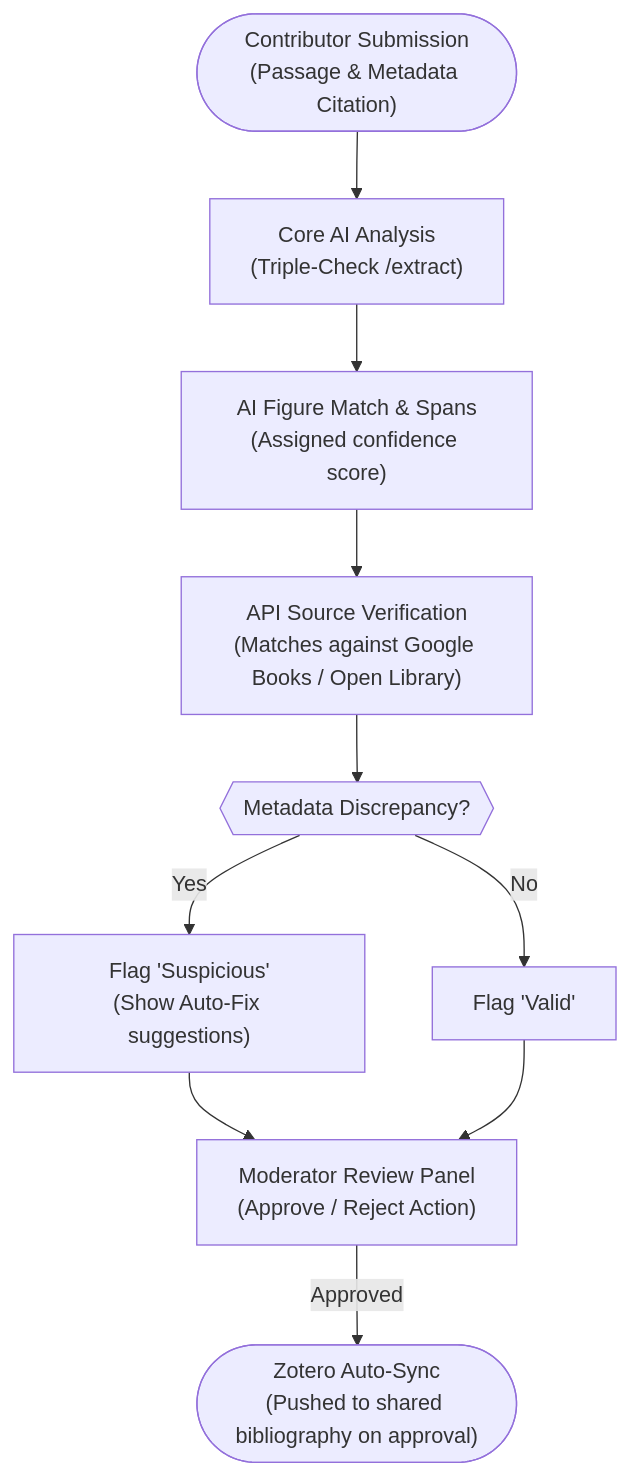
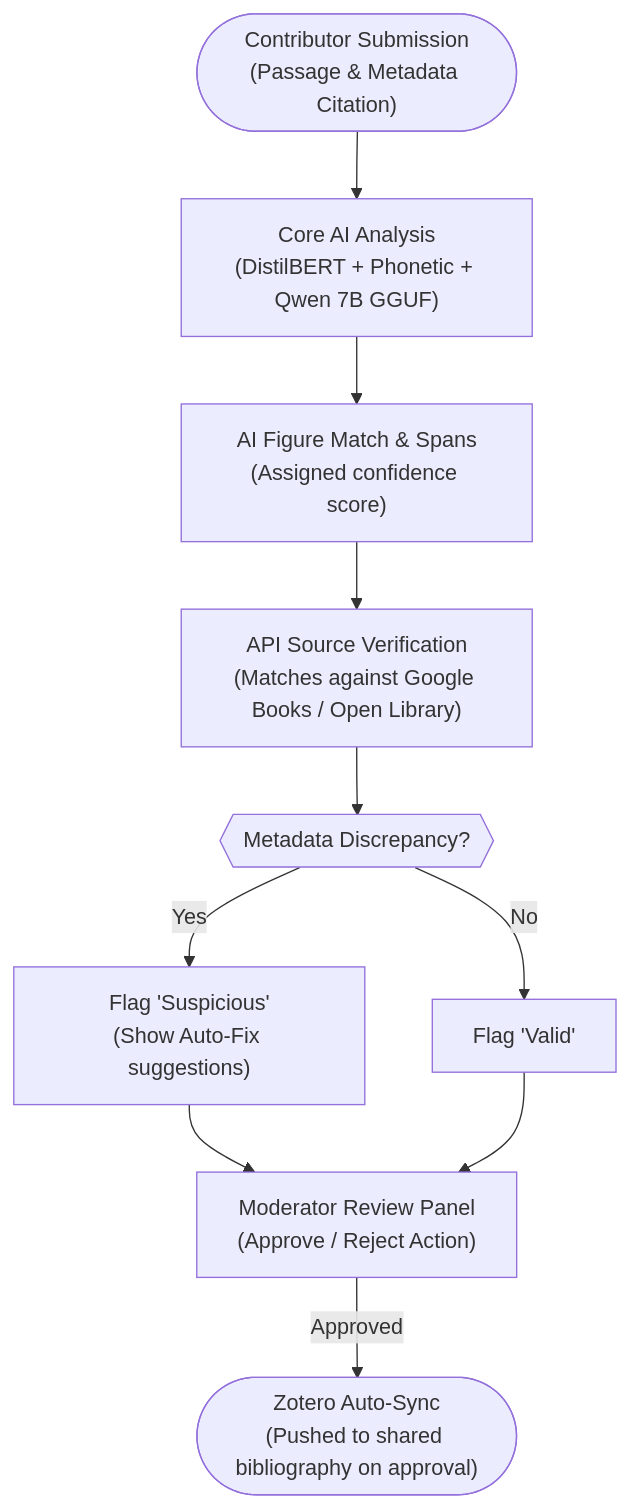
Before and after one commit to prabhsharan1/Research_iSocrates: the second of 2 diagrams in README.md, drawn with Mermaid. The commit also changed other lines of this file, not shown here.

````diff
--- a/README.md
+++ b/README.md
@@ -44,22 +44,22 @@
 ```mermaid
 flowchart TD
     A2(["Contributor Submission\n(Passage & Metadata Citation)"])
-    B2["Core AI Analysis\n(Triple-Check /extract)"]
+    B2["Core AI Analysis\n(DistilBERT + Phonetic + Qwen 7B GGUF)"]
     C2["AI Figure Match & Spans\n(Assigned confidence score)"]
     D2["API Source Verification\n(Matches against Google Books / Open Library)"]
     E2{{"Metadata Discrepancy?"}}
     F2["Flag 'Suspicious'\n(Show Auto-Fix suggestions)"]
     G2["Flag 'Valid'"]
     H2["Moderator Review Panel\n(Approve / Reject Action)"]
     I2(["Zotero Auto-Sync\n(Pushed to shared bibliography on approval)"])
 
     A2 --> B2
     B2 --> C2
     C2 --> D2
     D2 --> E2
     E2 -- "Yes" --> F2
     E2 -- "No" --> G2
     F2 --> H2
     G2 --> H2
     H2 -- "Approved" --> I2
 ```
````
